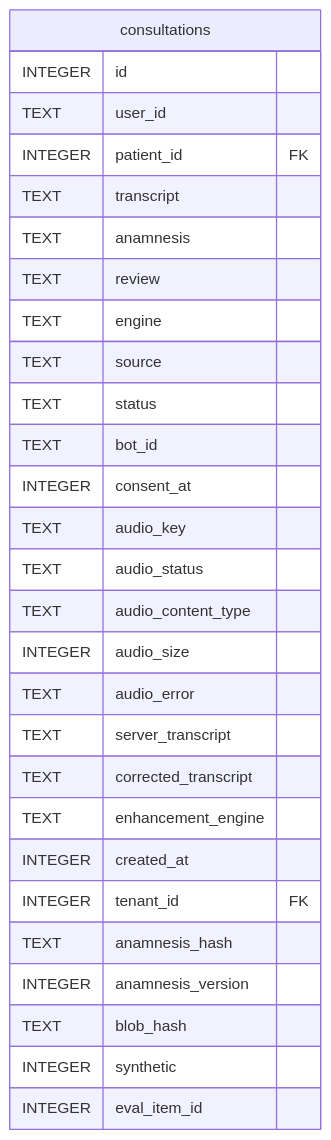
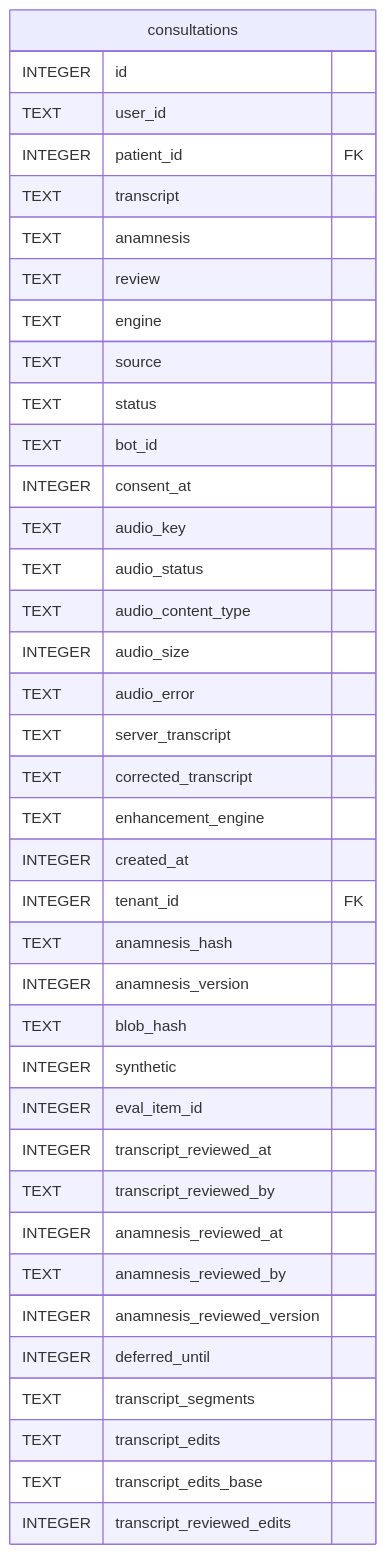
One commit to ktbhealth/docs changed the diagram in content/docs/en/developers/plugins/consultations/reference/schema.mmd. Above: the diagram before and after it, drawn with Mermaid. The commit also changed 7 other files, not shown here.

Commit message:
docs(erd): refresh consultations schema for review-UX batch

```diff
--- a/content/docs/en/developers/plugins/consultations/reference/schema.mmd
+++ b/content/docs/en/developers/plugins/consultations/reference/schema.mmd
@@ -1,31 +1,41 @@
 erDiagram
 
 
 "consultations" {
   INTEGER id
   TEXT user_id
   INTEGER patient_id FK
   TEXT transcript
   TEXT anamnesis
   TEXT review
   TEXT engine
   TEXT source
   TEXT status
   TEXT bot_id
   INTEGER consent_at
   TEXT audio_key
   TEXT audio_status
   TEXT audio_content_type
   INTEGER audio_size
   TEXT audio_error
   TEXT server_transcript
   TEXT corrected_transcript
   TEXT enhancement_engine
   INTEGER created_at
   INTEGER tenant_id FK
   TEXT anamnesis_hash
   INTEGER anamnesis_version
   TEXT blob_hash
   INTEGER synthetic
   INTEGER eval_item_id
+  INTEGER transcript_reviewed_at
+  TEXT transcript_reviewed_by
+  INTEGER anamnesis_reviewed_at
+  TEXT anamnesis_reviewed_by
+  INTEGER anamnesis_reviewed_version
+  INTEGER deferred_until
+  TEXT transcript_segments
+  TEXT transcript_edits
+  TEXT transcript_edits_base
+  INTEGER transcript_reviewed_edits
 }
```
